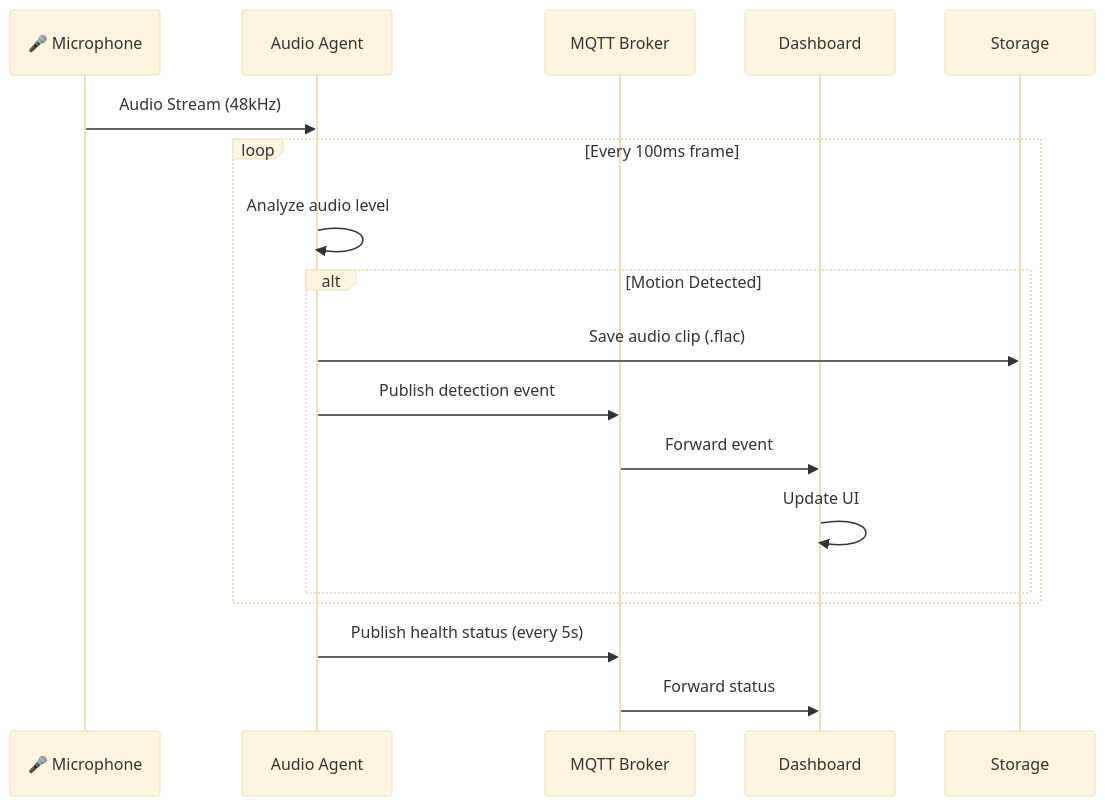
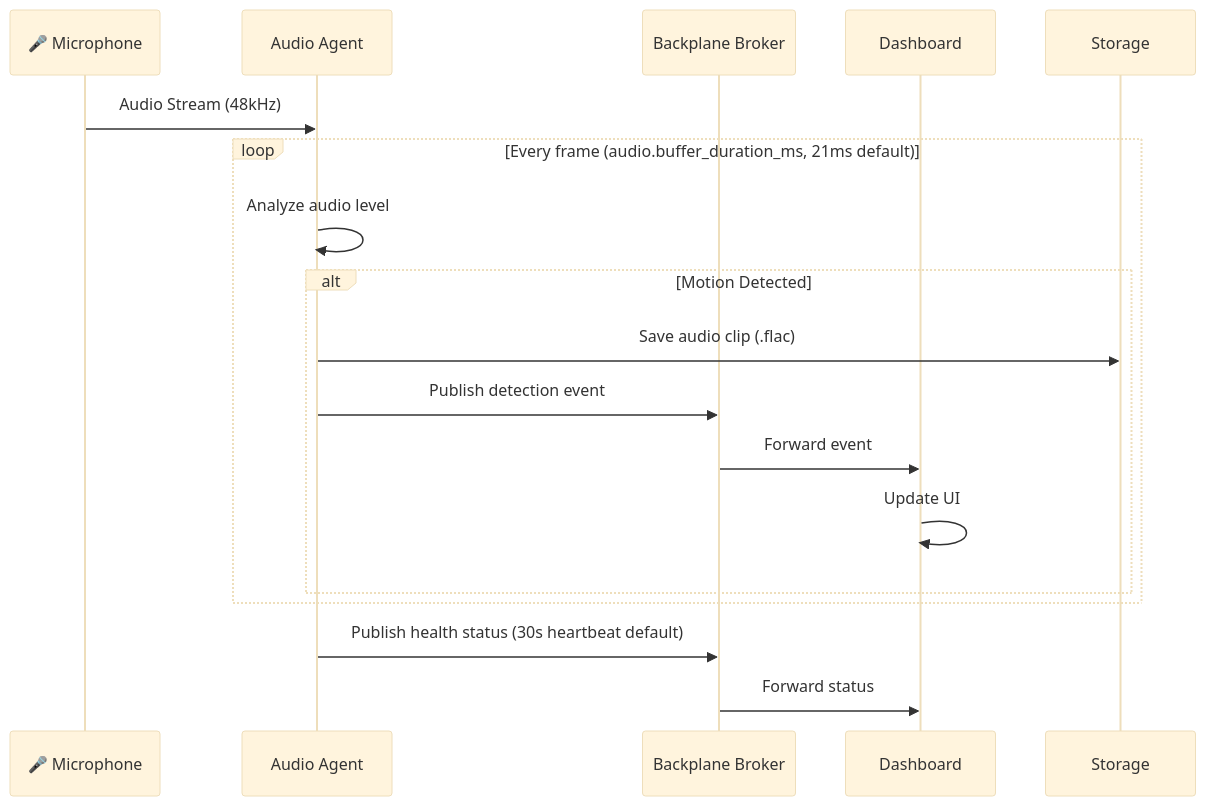
One commit to scottchronicity/orpheus changed the second of 10 diagrams in docs/ARCHITECTURE.md. Above: the diagram before and after it, drawn with Mermaid (base theme). The commit also changed other lines of this file and 624 other files, not shown here.

````diff
--- a/docs/ARCHITECTURE.md
+++ b/docs/ARCHITECTURE.md
@@ -83,23 +92,23 @@
 ```mermaid
 sequenceDiagram
     participant M as 🎤 Microphone
     participant A as Audio Agent
-    participant Q as MQTT Broker
+    participant Q as Backplane Broker
     participant D as Dashboard
     participant S as Storage
 
     M->>A: Audio Stream (48kHz)
     
-    loop Every 100ms frame
+    loop Every frame (audio.buffer_duration_ms, 21ms default)
         A->>A: Analyze audio level
         alt Motion Detected
             A->>S: Save audio clip (.flac)
             A->>Q: Publish detection event
             Q->>D: Forward event
             D->>D: Update UI
         end
     end
     
-    A->>Q: Publish health status (every 5s)
+    A->>Q: Publish health status (30s heartbeat default)
     Q->>D: Forward status
 ```
````
